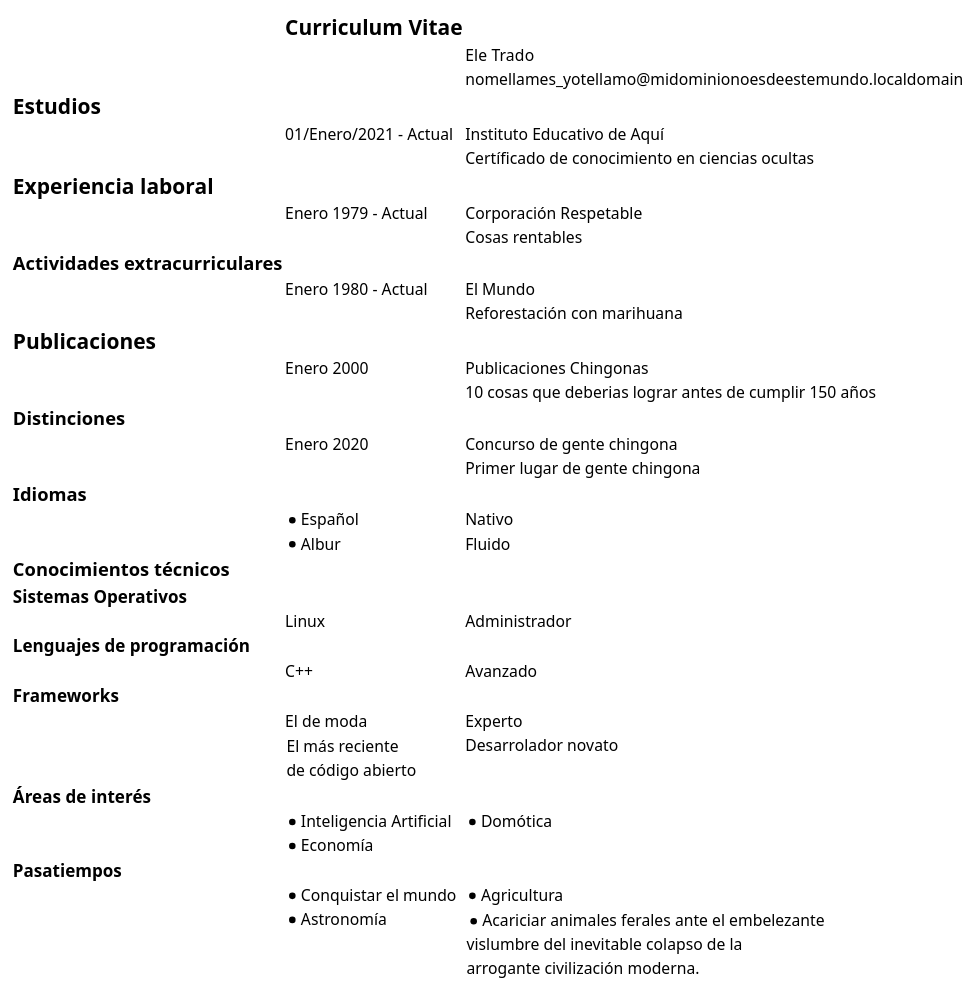
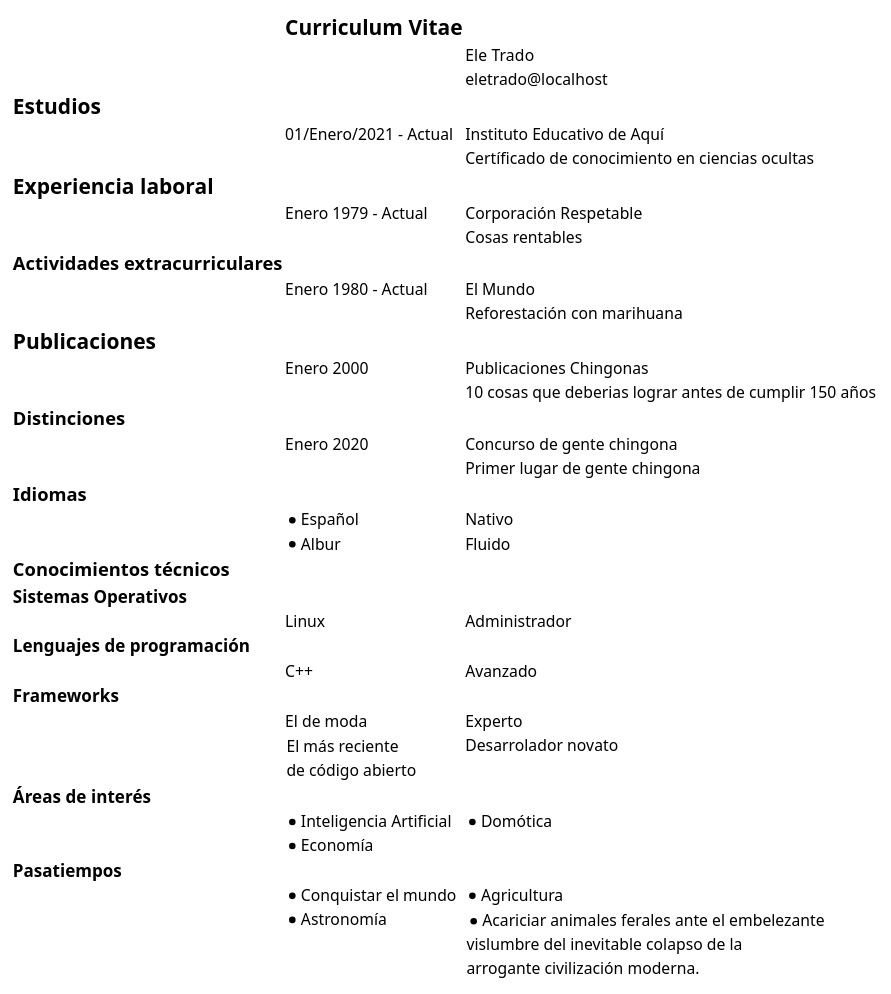
One commit to emirhg/curriculum-vitae changed the diagram in arc/landing.puml. Above: the diagram before and after it, drawn with PlantUML. The commit also changed 1 other file, not shown here.

```diff
--- a/arc/landing.puml
+++ b/arc/landing.puml
@@ -1,43 +1,43 @@
 @startsalt
 
 {
   .|=Curriculum Vitae
   .| .|Ele Trado
-  .|. | nomellames_yotellamo@midominionoesdeestemundo.localdomain
+  .|. | eletrado@localhost
   =Estudios
     .|01/Enero/2021 - Actual | Instituto Educativo de Aquí
     .|.| Certíficado de conocimiento en ciencias ocultas
   =Experiencia laboral | .
     .|Enero 1979 - Actual | Corporación Respetable
     .|.| Cosas rentables
   ==Actividades extracurriculares | .
     .|Enero 1980 - Actual | El Mundo
     .|.|  Reforestación con marihuana
   =Publicaciones | .
     .|Enero 2000 | Publicaciones Chingonas
     .|.|  10 cosas que deberias lograr antes de cumplir 150 años
   ==Distinciones
     .| Enero 2020 | Concurso de gente chingona
     .| .| Primer lugar de gente chingona
   ==Idiomas
     . | * Español | Nativo
     . | * Albur | Fluido
   ==Conocimientos técnicos
   ===Sistemas Operativos
   .| Linux | Administrador
   ===Lenguajes de programación
   .| C++ | Avanzado
   ===Frameworks
   .| El de moda | Experto
   .| {El más reciente
     de código abierto}| Desarrolador novato
   ===Áreas de interés
     .| * Inteligencia Artificial | * Domótica
     .| * Economía
   ===Pasatiempos
     .| * Conquistar el mundo | * Agricultura
     .| * Astronomía | { * Acariciar animales ferales ante el embelezante
       vislumbre del inevitable colapso de la
       arrogante civilización moderna. }
 }
 @endsalt
```
